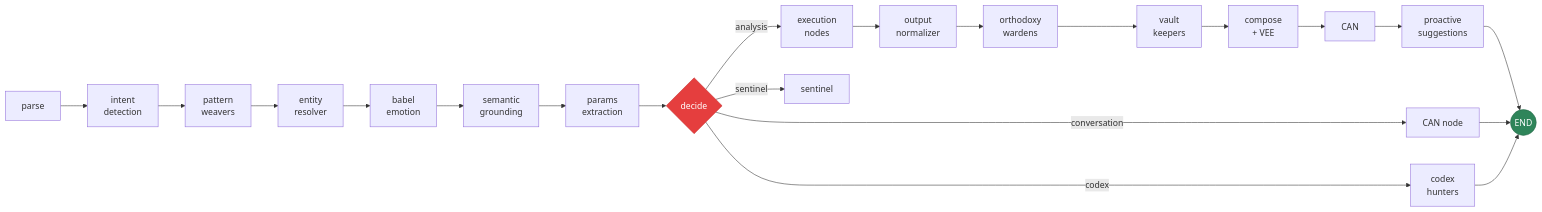
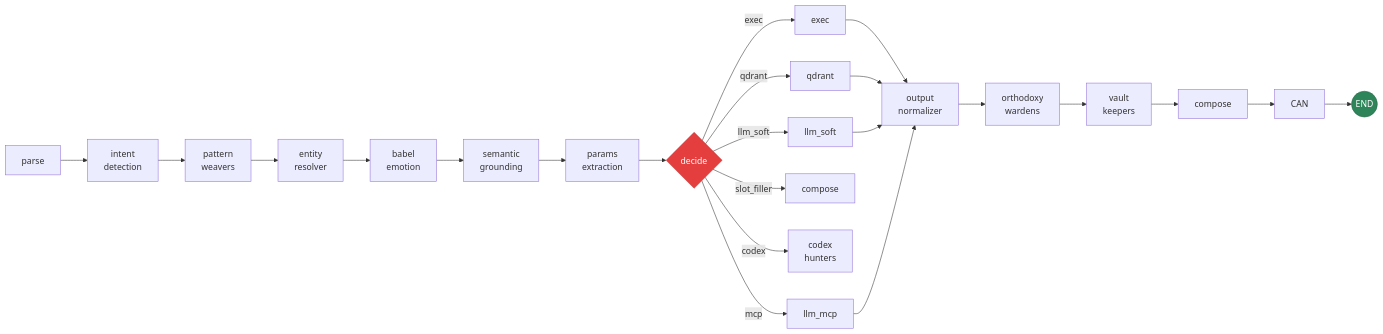
The second of 2 diagrams in docs/foundational/VITRUVYAN_OVERVIEW.md (vitruvyan/vitruvyan-core), drawn with Mermaid before and after one commit. The commit also changed other lines of this file and 15 other files, not shown here.

````diff
--- a/docs/foundational/VITRUVYAN_OVERVIEW.md
+++ b/docs/foundational/VITRUVYAN_OVERVIEW.md
@@ -203,29 +211,31 @@
 ```mermaid
 graph LR
     A[parse] --> B["intent<br/>detection"]
     B --> C["pattern<br/>weavers"]
     C --> D["entity<br/>resolver"]
     D --> E["babel<br/>emotion"]
     E --> F["semantic<br/>grounding"]
     F --> G["params<br/>extraction"]
     G --> H{decide}
 
-    H -->|analysis| I["execution<br/>nodes"]
-    H -->|conversation| J["CAN node"]
-    H -->|codex| K["codex<br/>hunters"]
-    H -->|sentinel| L[sentinel]
+    H -->|exec| I[exec]
+    H -->|qdrant| J[qdrant]
+    H -->|llm_soft| K[llm_soft]
+    H -->|slot_filler| L[compose]
+    H -->|codex| M["codex<br/>hunters"]
+    H -->|mcp| N[llm_mcp]
 
-    I --> M["output<br/>normalizer"]
-    M --> N["orthodoxy<br/>wardens"]
-    N --> O["vault<br/>keepers"]
-    O --> P["compose<br/>+ VEE"]
-    P --> Q[CAN]
-    Q --> R["proactive<br/>suggestions"]
-    R --> S((END))
+    I --> O["output<br/>normalizer"]
+    J --> O
+    K --> O
+    N --> O
 
-    J --> S
-    K --> S
+    O --> P["orthodoxy<br/>wardens"]
+    P --> Q["vault<br/>keepers"]
+    Q --> R[compose]
+    R --> S[CAN]
+    S --> T((END))
 
     style H fill:#e53e3e,stroke:#c53030,color:#fff
-    style S fill:#2f855a,stroke:#276749,color:#fff
+    style T fill:#2f855a,stroke:#276749,color:#fff
 ```
````
